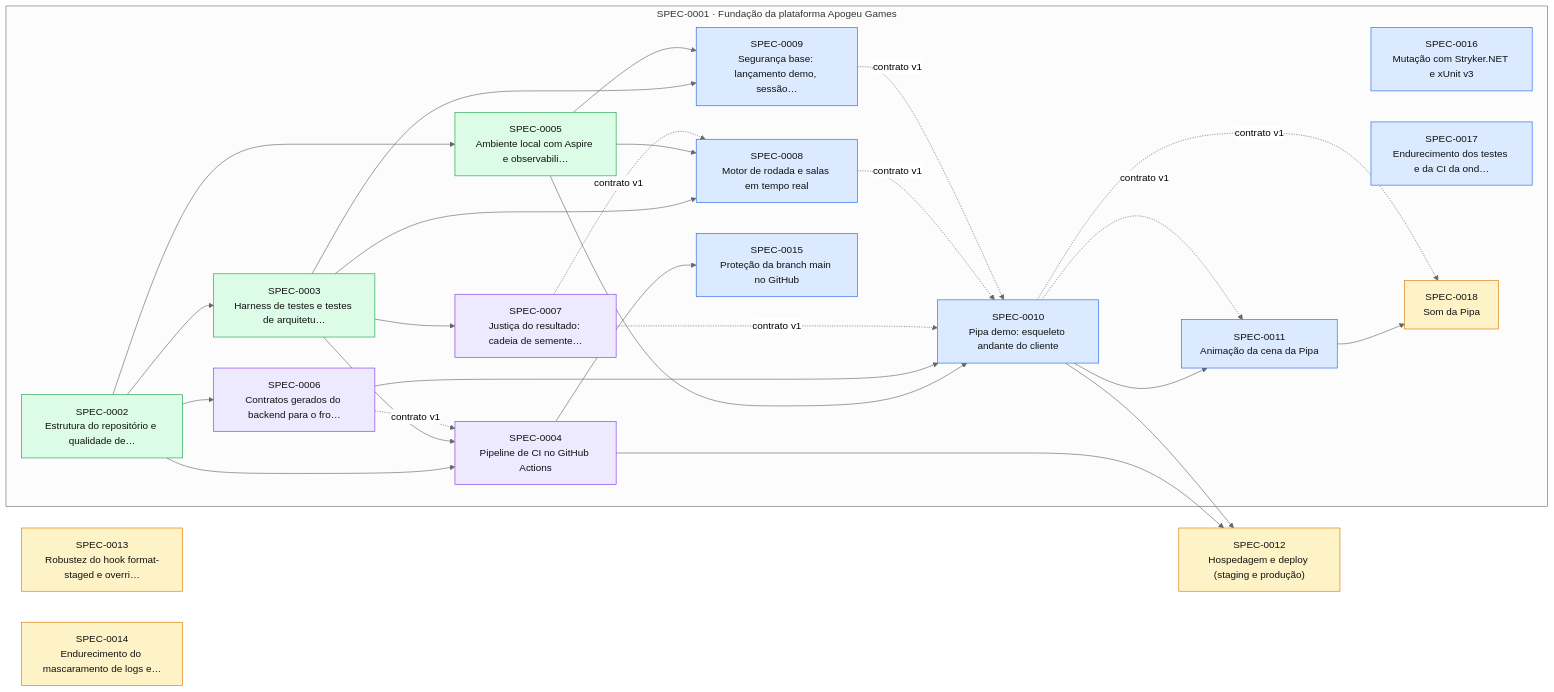
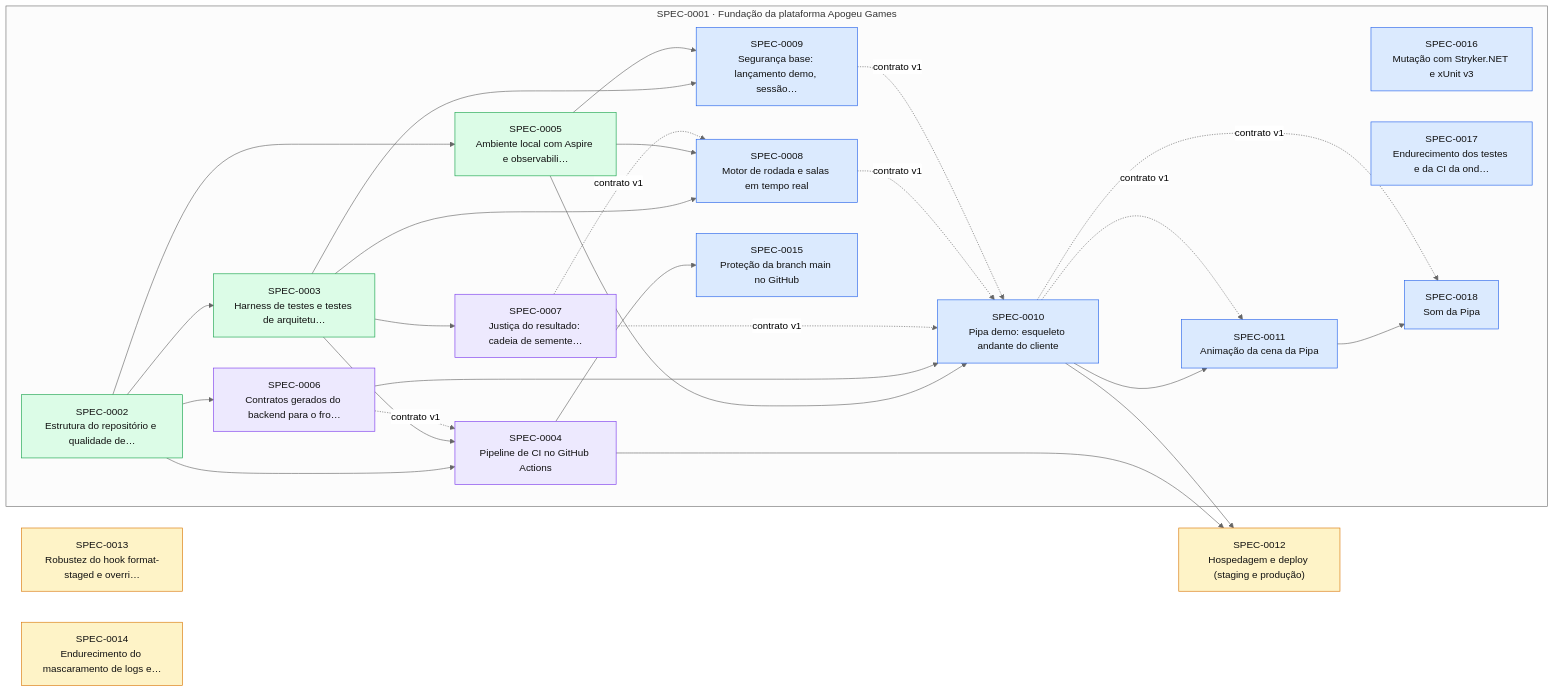
The diagram in docs/specs/INDEX.md (thomasravache/crash-games-provider), drawn with Mermaid (neutral theme) before and after one commit. The commit also changed other lines of this file and 3 other files, not shown here.

````diff
--- a/docs/specs/INDEX.md
+++ b/docs/specs/INDEX.md
@@ -79,51 +79,51 @@
 ```mermaid
 flowchart LR
   S0012["SPEC-0012<br/>Hospedagem e deploy (staging e produção)"]:::proposed
   S0013["SPEC-0013<br/>Robustez do hook format-staged e overri…"]:::proposed
   S0014["SPEC-0014<br/>Endurecimento do mascaramento de logs e…"]:::proposed
   subgraph E0001["SPEC-0001 · Fundação da plataforma Apogeu Games"]
     S0002["SPEC-0002<br/>Estrutura do repositório e qualidade de…"]:::implemented
     S0003["SPEC-0003<br/>Harness de testes e testes de arquitetu…"]:::implemented
     S0004["SPEC-0004<br/>Pipeline de CI no GitHub Actions"]:::inprogress
     S0005["SPEC-0005<br/>Ambiente local com Aspire e observabili…"]:::implemented
     S0006["SPEC-0006<br/>Contratos gerados do backend para o fro…"]:::inprogress
     S0007["SPEC-0007<br/>Justiça do resultado: cadeia de semente…"]:::inprogress
     S0008["SPEC-0008<br/>Motor de rodada e salas em tempo real"]:::approved
     S0009["SPEC-0009<br/>Segurança base: lançamento demo, sessão…"]:::approved
     S0010["SPEC-0010<br/>Pipa demo: esqueleto andante do cliente"]:::approved
     S0011["SPEC-0011<br/>Animação da cena da Pipa"]:::approved
     S0015["SPEC-0015<br/>Proteção da branch main no GitHub"]:::approved
     S0016["SPEC-0016<br/>Mutação com Stryker.NET e xUnit v3"]:::approved
     S0017["SPEC-0017<br/>Endurecimento dos testes e da CI da ond…"]:::approved
-    S0018["SPEC-0018<br/>Som da Pipa"]:::proposed
+    S0018["SPEC-0018<br/>Som da Pipa"]:::approved
   end
   S0002 --> S0003
   S0002 --> S0004
   S0003 --> S0004
   S0006 -. contrato v1 .-> S0004
   S0002 --> S0005
   S0002 --> S0006
   S0003 --> S0007
   S0003 --> S0008
   S0005 --> S0008
   S0007 -. contrato v1 .-> S0008
   S0003 --> S0009
   S0005 --> S0009
   S0005 --> S0010
   S0006 --> S0010
   S0007 -. contrato v1 .-> S0010
   S0008 -. contrato v1 .-> S0010
   S0009 -. contrato v1 .-> S0010
   S0010 --> S0011
   S0010 -. contrato v1 .-> S0011
   S0004 --> S0012
   S0010 --> S0012
   S0004 --> S0015
   S0011 --> S0018
   S0010 -. contrato v1 .-> S0018
   classDef proposed fill:#fef3c7,stroke:#d97706,color:#111
   classDef approved fill:#dbeafe,stroke:#2563eb,color:#111
   classDef inprogress fill:#ede9fe,stroke:#7c3aed,color:#111
   classDef implemented fill:#dcfce7,stroke:#16a34a,color:#111
   classDef deprecated fill:#f3f4f6,stroke:#9ca3af,color:#6b7280
 ```
````
